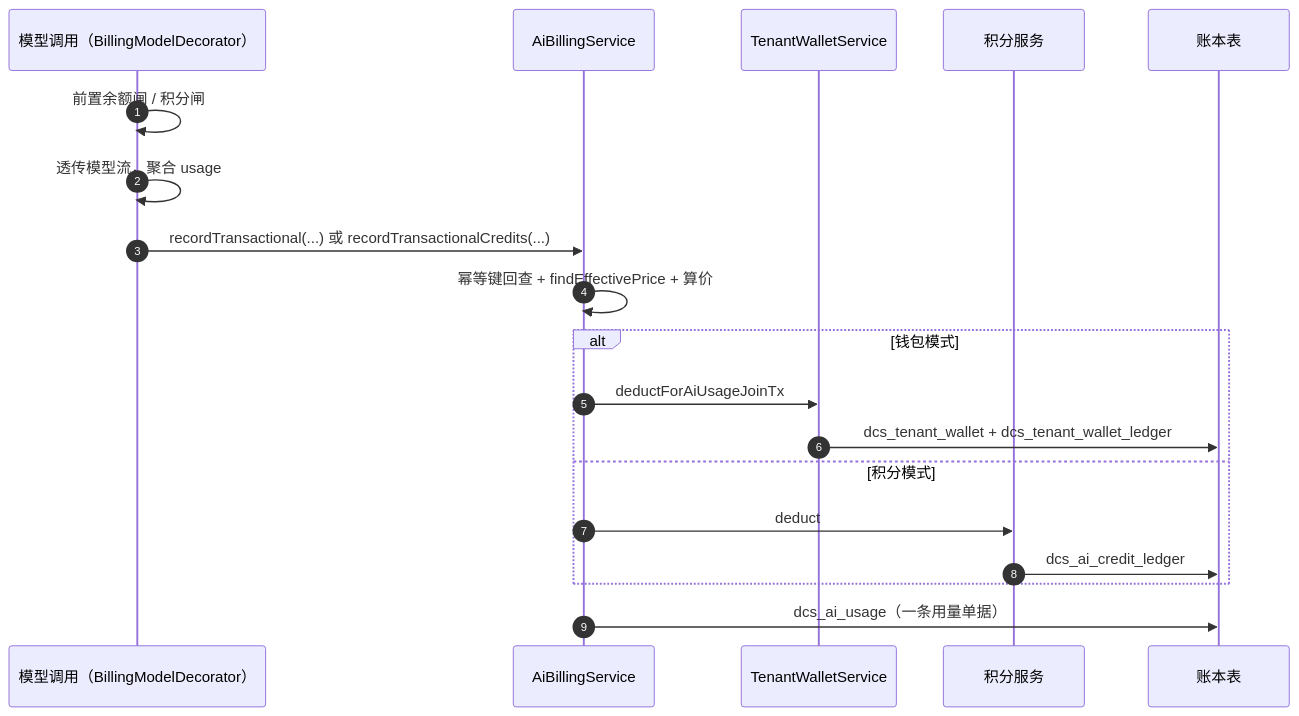
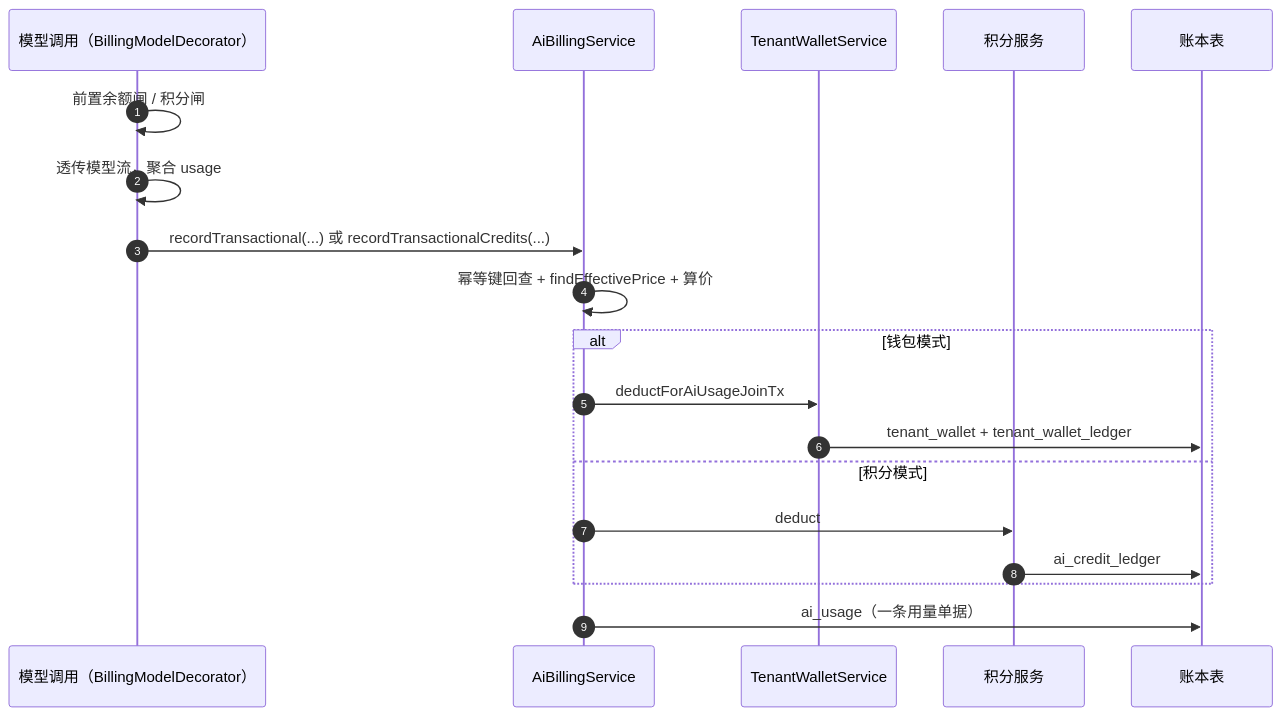
One commit to ck-ys/SmartDock changed the ninth of 18 diagrams in docs/backend-architecture.md. Above: the diagram before and after it, drawn with Mermaid. The commit also changed other lines of this file and 24 other files, not shown here.

````diff
--- a/docs/backend-architecture.md
+++ b/docs/backend-architecture.md
@@ -580,22 +580,22 @@
 ```mermaid
 sequenceDiagram
   autonumber
   participant M as 模型调用（BillingModelDecorator）
   participant S as AiBillingService
   participant W as TenantWalletService
   participant C as 积分服务
   participant DB as 账本表
 
   M->>M: 前置余额闸 / 积分闸
   M->>M: 透传模型流，聚合 usage
   M->>S: recordTransactional(...) 或 recordTransactionalCredits(...)
   S->>S: 幂等键回查 + findEffectivePrice + 算价
   alt 钱包模式
     S->>W: deductForAiUsageJoinTx
-    W->>DB: dcs_tenant_wallet + dcs_tenant_wallet_ledger
+    W->>DB: tenant_wallet + tenant_wallet_ledger
   else 积分模式
     S->>C: deduct
-    C->>DB: dcs_ai_credit_ledger
+    C->>DB: ai_credit_ledger
   end
-  S->>DB: dcs_ai_usage（一条用量单据）
+  S->>DB: ai_usage（一条用量单据）
 ```
````
